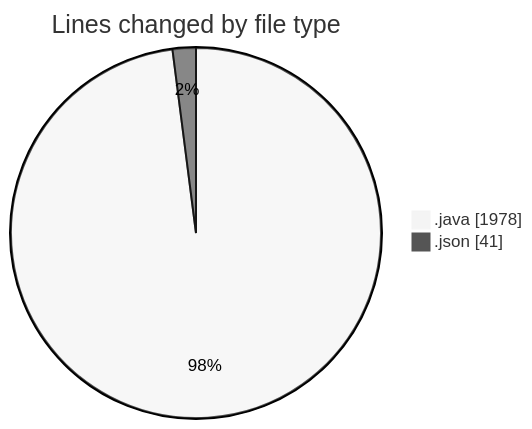
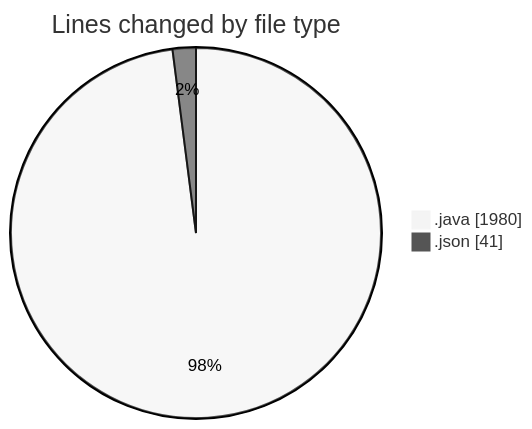
The first of 2 diagrams in 2026-04-23/cilapp/README.md (ricardozamudiocil/code-tracking), drawn with Mermaid (neutral theme) before and after one commit. The commit also changed other lines of this file and 1 other file, not shown here.

````diff
--- a/2026-04-23/cilapp/README.md
+++ b/2026-04-23/cilapp/README.md
@@ -31,6 +31,6 @@
 ```mermaid
 pie showData
 title Lines changed by file type
-".java" : 1978
+".java" : 1980
 ".json" : 41
 ```
````
